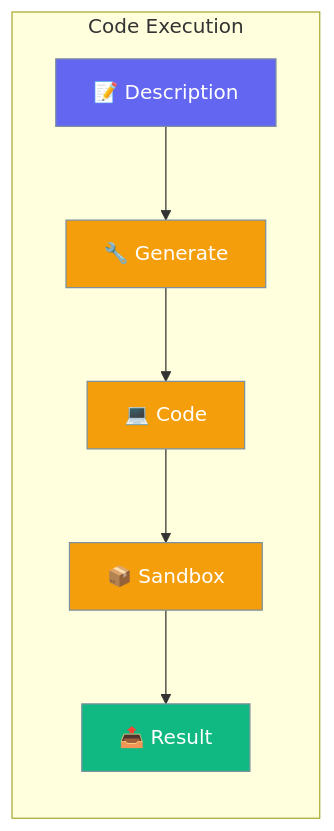
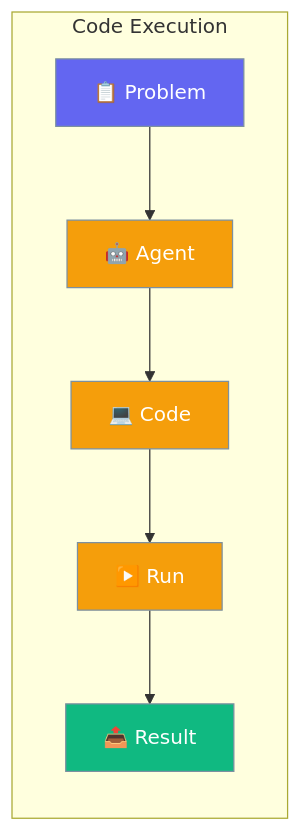
One commit to MervinPraison/PraisonAIDocs changed the diagram in docs/rust/code-execution.mdx. Above: the diagram before and after it, drawn with Mermaid. The commit also changed other lines of this file and 87 other files, not shown here.

````diff
--- a/docs/rust/code-execution.mdx
+++ b/docs/rust/code-execution.mdx
@@ -10,17 +10,17 @@
 ```mermaid
 graph LR
     subgraph "Code Execution"
-        D[📝 Description] --> G[🔧 Generate]
-        G --> C[💻 Code]
-        C --> S[📦 Sandbox]
-        S --> R[📤 Result]
+        P[📋 Problem] --> A[🤖 Agent]
+        A --> C[💻 Code]
+        C --> R[▶️ Run]
+        R --> O[📤 Result]
     end
     
     classDef input fill:#6366F1,stroke:#7C90A0,color:#fff
-    classDef process fill:#F59E0B,stroke:#7C90A0,color:#fff
+    classDef code fill:#F59E0B,stroke:#7C90A0,color:#fff
     classDef output fill:#10B981,stroke:#7C90A0,color:#fff
     
-    class D input
-    class G,C,S process
-    class R output
+    class P input
+    class A,C,R code
+    class O output
 ```
````
